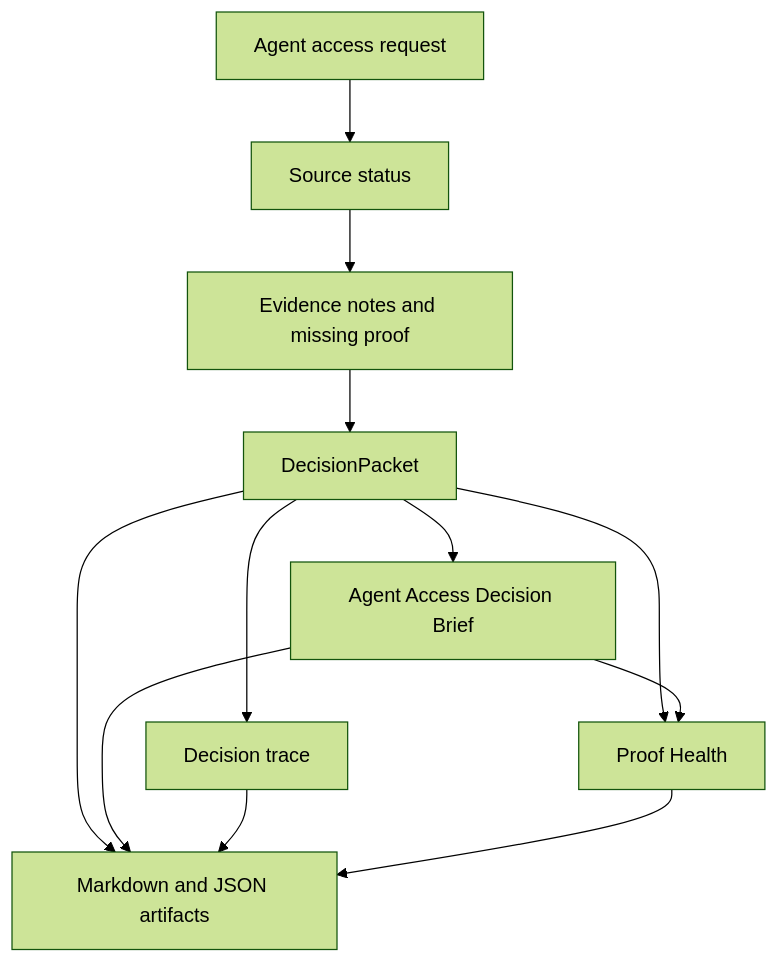
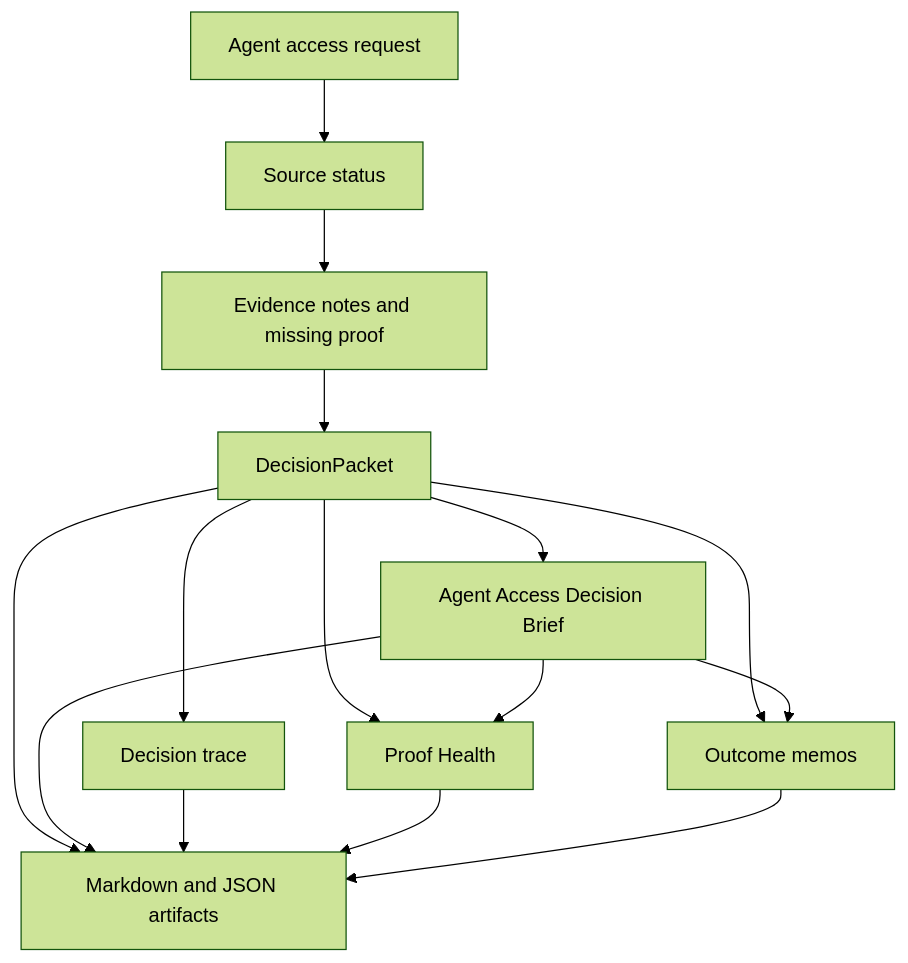
Before and after one commit to jayeshsuyal/inferenceatlas-agent-demo: the diagram in docs/ARCHITECTURE.md, drawn with Mermaid (forest theme). The commit also changed other lines of this file and 32 other files, not shown here.

````diff
--- a/docs/ARCHITECTURE.md
+++ b/docs/ARCHITECTURE.md
@@ -8,14 +8,17 @@
 ```mermaid
 flowchart TD
     A["Agent access request"] --> B["Source status"]
     B --> C["Evidence notes and missing proof"]
     C --> D["DecisionPacket"]
     D --> E["Agent Access Decision Brief"]
     D --> F["Decision trace"]
     D --> G["Proof Health"]
-    D --> H["Markdown and JSON artifacts"]
+    D --> H["Outcome memos"]
+    D --> I["Markdown and JSON artifacts"]
     E --> G
     E --> H
-    F --> H
-    G --> H
+    E --> I
+    F --> I
+    G --> I
+    H --> I
 ```
````
